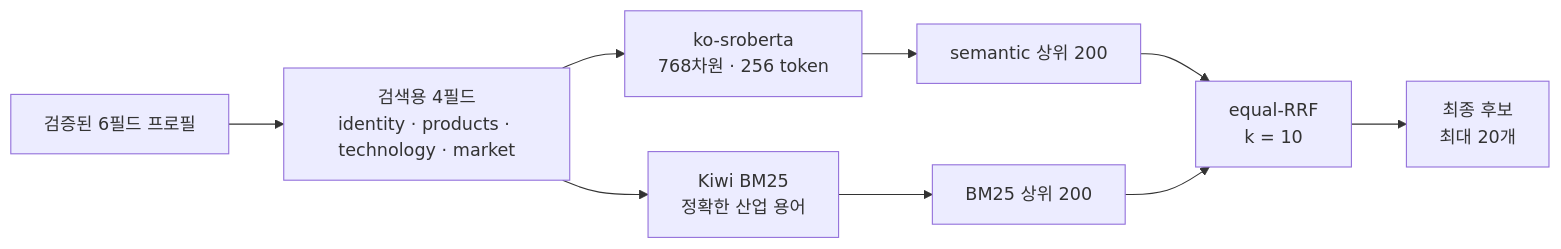
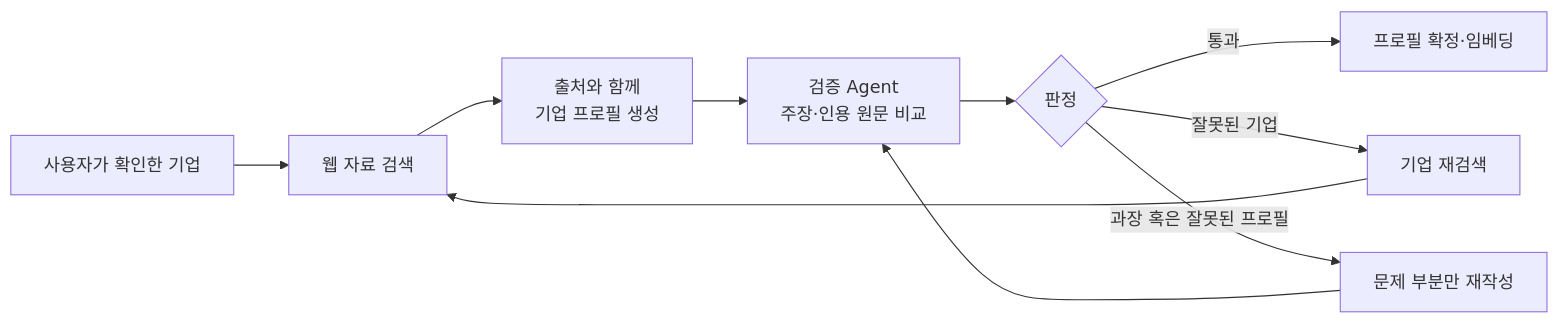
Before and after one commit to Larryjisu/larryjisu.github.io: the second of 3 diagrams in content/posts/peergroup-engineering.md, drawn with Mermaid. The commit also changed other lines of this file and 5 other files, not shown here.

````diff
--- a/content/posts/peergroup-engineering.md
+++ b/content/posts/peergroup-engineering.md
@@ -91,11 +76,12 @@
 ```mermaid
 flowchart LR
-    P["검증된 6필드 프로필"] --> Q["검색용 4필드<br/>identity · products · technology · market"]
-    Q --> D["ko-sroberta<br/>768차원 · 256 token"]
-    Q --> B["Kiwi BM25<br/>정확한 산업 용어"]
-    D --> R["semantic 상위 200"]
-    B --> K["BM25 상위 200"]
-    R --> F["equal-RRF<br/>k = 10"]
-    K --> F
-    F --> T["최종 후보<br/>최대 20개"]
+    A["사용자가 확인한 기업"] --> B["웹 자료 검색"]
+    B --> C["출처와 함께<br/>기업 프로필 생성"]
+    C --> D["검증 Agent<br/>주장·인용 원문 비교"]
+    D --> E{"판정"}
+    E -->|"통과"| F["프로필 확정·임베딩"]
+    E -->|"잘못된 기업"| G["기업 재검색"]
+    E -->|"과장 혹은 잘못된 프로필"| H["문제 부분만 재작성"]
+    G --> B
+    H --> D
 ```
````
